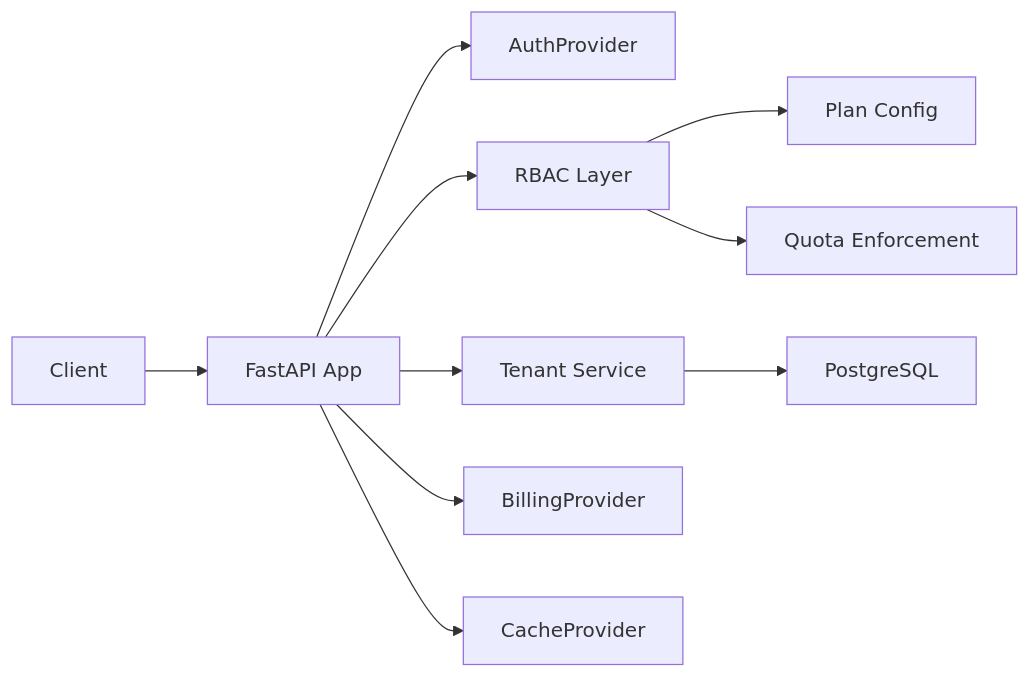
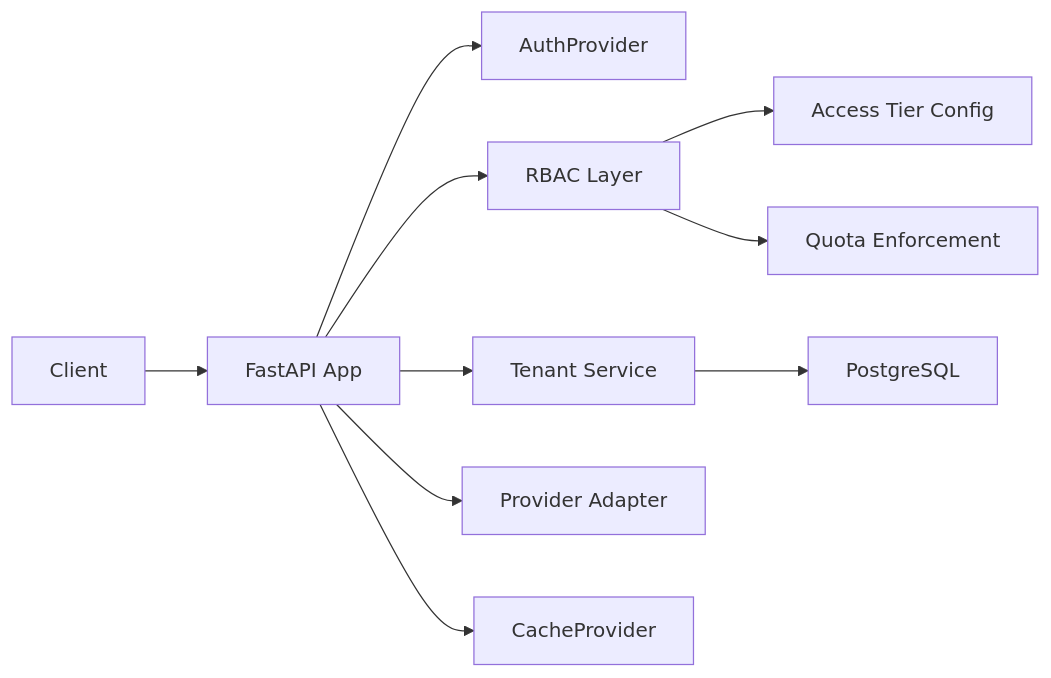
The diagram in README.md (Devil-nkp/fastapi-saas-kit), drawn with Mermaid before and after one commit. The commit also changed other lines of this file and 35 other files, not shown here.

````diff
--- a/README.md
+++ b/README.md
@@ -70,12 +69,12 @@
 ```mermaid
 graph LR
     CLIENT["Client"] --> FASTAPI["FastAPI App"]
     FASTAPI --> AUTH["AuthProvider"]
     FASTAPI --> RBAC["RBAC Layer"]
     FASTAPI --> TENANCY["Tenant Service"]
-    FASTAPI --> BILLING["BillingProvider"]
-    RBAC --> PLANS["Plan Config"]
+    FASTAPI --> ACCESS["Provider Adapter"]
+    RBAC --> TIERS["Access Tier Config"]
     RBAC --> QUOTAS["Quota Enforcement"]
     TENANCY --> DB["PostgreSQL"]
     FASTAPI --> CACHE["CacheProvider"]
 ```
````
